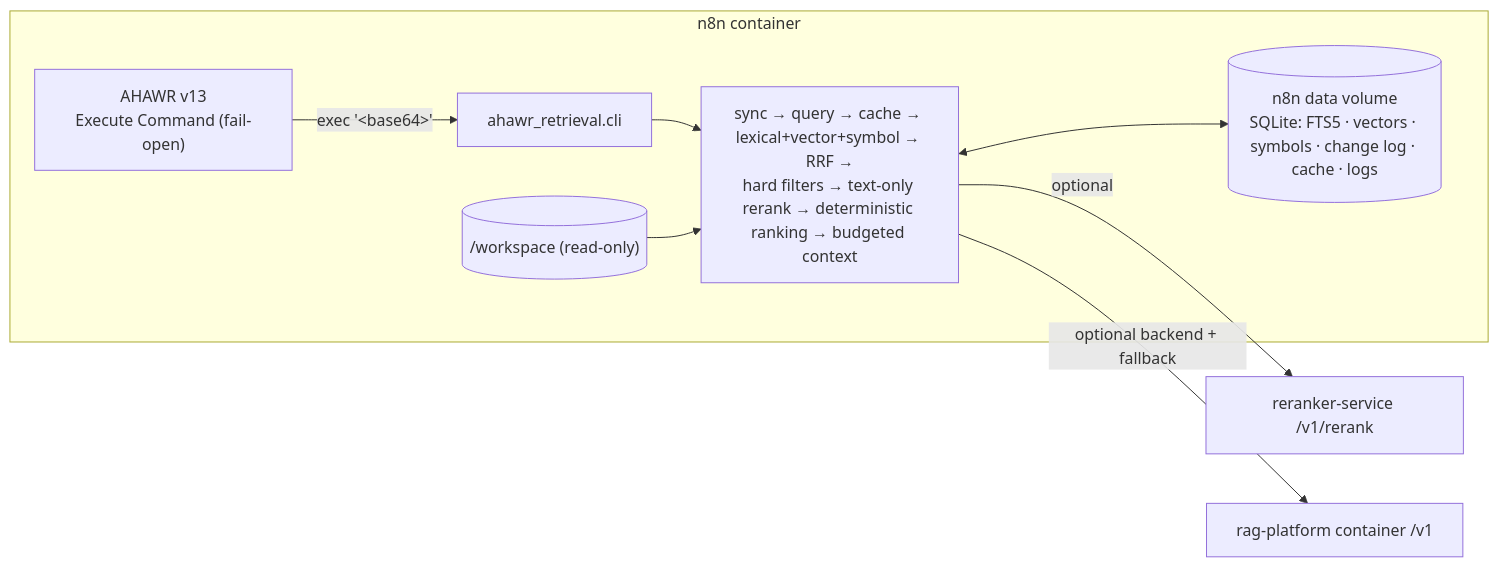
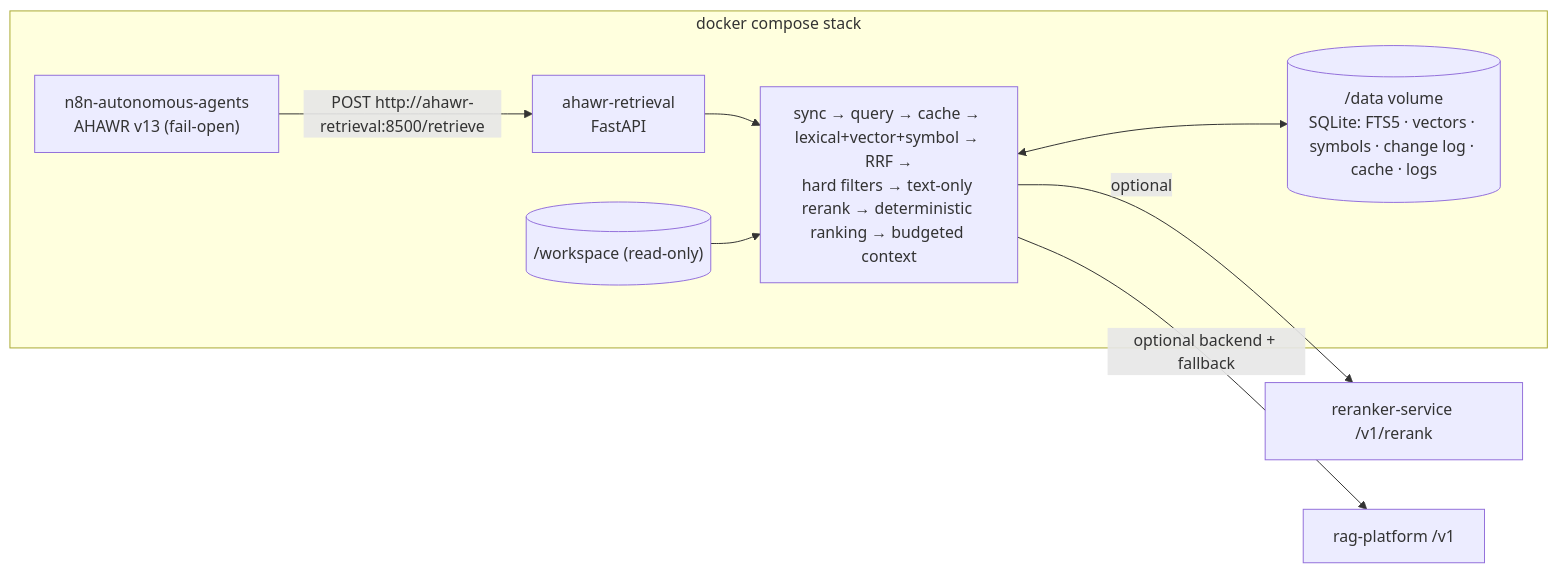
The diagram in retrieval-service/README.md (Sa1avatus/n8n-agent-orchestrator), drawn with Mermaid before and after one commit. The commit also changed other lines of this file and 18 other files, not shown here.

First line of the commit message:
Run ahawr-retrieval as its own container in the n8n compose stack

````diff
--- a/retrieval-service/README.md
+++ b/retrieval-service/README.md
@@ -7,11 +7,11 @@
 ```mermaid
 flowchart LR
-    subgraph N8N["n8n container"]
-        WF["AHAWR v13<br/>Execute Command (fail-open)"] -->|"exec '&lt;base64&gt;'"| CLI["ahawr_retrieval.cli"]
-        CLI --> P["sync → query → cache → lexical+vector+symbol → RRF →<br/>hard filters → text-only rerank → deterministic ranking → budgeted context"]
-        P <--> L[("n8n data volume<br/>SQLite: FTS5 · vectors · symbols · change log · cache · logs")]
+    subgraph STACK["docker compose stack"]
+        N8N["n8n-autonomous-agents<br/>AHAWR v13 (fail-open)"] -->|"POST http://ahawr-retrieval:8500/retrieve"| API["ahawr-retrieval<br/>FastAPI"]
+        API --> P["sync → query → cache → lexical+vector+symbol → RRF →<br/>hard filters → text-only rerank → deterministic ranking → budgeted context"]
+        P <--> L[("/data volume<br/>SQLite: FTS5 · vectors · symbols · change log · cache · logs")]
         WS[("/workspace (read-only)")] --> P
     end
     P -->|optional| R["reranker-service /v1/rerank"]
-    P -->|optional backend + fallback| RAG["rag-platform container /v1"]
+    P -->|optional backend + fallback| RAG["rag-platform /v1"]
 ```
````
